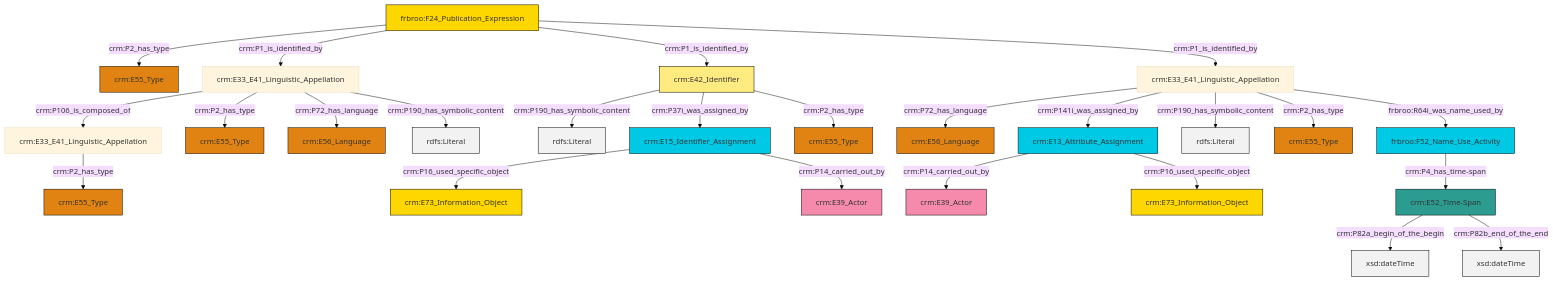
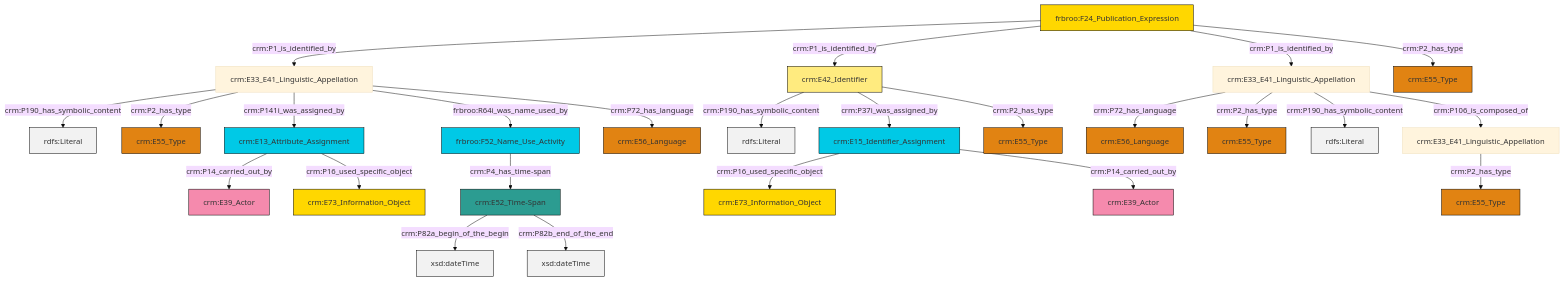
The diagram in et/biblioCSV/ttl/mmd/biblio_name.ttl.mmd (swiss-art-research-net/docs.swissartresearch), drawn with Mermaid (base theme) before and after one commit. The commit also changed 176 other files, not shown here.

```diff
--- a/et/biblioCSV/ttl/mmd/biblio_name.ttl.mmd
+++ b/et/biblioCSV/ttl/mmd/biblio_name.ttl.mmd
@@ -1,39 +1,39 @@
 graph TD
 classDef Literal fill:#f2f2f2,stroke:#000000;
 classDef CRM_Entity fill:#FFFFFF,stroke:#000000;
 classDef Temporal_Entity fill:#00C9E6, stroke:#000000;
 classDef Type fill:#E18312, stroke:#000000;
 classDef Time-Span fill:#2C9C91, stroke:#000000;
 classDef Appellation fill:#FFEB7F, stroke:#000000;
 classDef Place fill:#008836, stroke:#000000;
 classDef Persistent_Item fill:#B266B2, stroke:#000000;
 classDef Conceptual_Object fill:#FFD700, stroke:#000000;
 classDef Physical_Thing fill:#D2B48C, stroke:#000000;
 classDef Actor fill:#f58aad, stroke:#000000;
 classDef PC_Classes fill:#4ce600, stroke:#000000;
 classDef Multi fill:#cccccc,stroke:#000000;
 
-0["crm:E33_E41_Linguistic_Appellation"]:::Default -->|crm:P72_has_language| 1["crm:E56_Language"]:::Type
-2["frbroo:F24_Publication_Expression"]:::Conceptual_Object -->|crm:P2_has_type| 3["crm:E55_Type"]:::Type
-0["crm:E33_E41_Linguistic_Appellation"]:::Default -->|crm:P141i_was_assigned_by| 7["crm:E13_Attribute_Assignment"]:::Temporal_Entity
-17["crm:E42_Identifier"]:::Appellation -->|crm:P190_has_symbolic_content| 18[rdfs:Literal]:::Literal
-19["crm:E33_E41_Linguistic_Appellation"]:::Default -->|crm:P106_is_composed_of| 10["crm:E33_E41_Linguistic_Appellation"]:::Default
-5["crm:E15_Identifier_Assignment"]:::Temporal_Entity -->|crm:P16_used_specific_object| 20["crm:E73_Information_Object"]:::Conceptual_Object
-0["crm:E33_E41_Linguistic_Appellation"]:::Default -->|crm:P190_has_symbolic_content| 25[rdfs:Literal]:::Literal
-19["crm:E33_E41_Linguistic_Appellation"]:::Default -->|crm:P2_has_type| 15["crm:E55_Type"]:::Type
-0["crm:E33_E41_Linguistic_Appellation"]:::Default -->|crm:P2_has_type| 30["crm:E55_Type"]:::Type
-0["crm:E33_E41_Linguistic_Appellation"]:::Default -->|frbroo:R64i_was_name_used_by| 34["frbroo:F52_Name_Use_Activity"]:::Temporal_Entity
-5["crm:E15_Identifier_Assignment"]:::Temporal_Entity -->|crm:P14_carried_out_by| 23["crm:E39_Actor"]:::Actor
-27["crm:E52_Time-Span"]:::Time-Span -->|crm:P82a_begin_of_the_begin| 36[xsd:dateTime]:::Literal
-10["crm:E33_E41_Linguistic_Appellation"]:::Default -->|crm:P2_has_type| 32["crm:E55_Type"]:::Type
-7["crm:E13_Attribute_Assignment"]:::Temporal_Entity -->|crm:P14_carried_out_by| 13["crm:E39_Actor"]:::Actor
-2["frbroo:F24_Publication_Expression"]:::Conceptual_Object -->|crm:P1_is_identified_by| 19["crm:E33_E41_Linguistic_Appellation"]:::Default
-27["crm:E52_Time-Span"]:::Time-Span -->|crm:P82b_end_of_the_end| 41[xsd:dateTime]:::Literal
-17["crm:E42_Identifier"]:::Appellation -->|crm:P37i_was_assigned_by| 5["crm:E15_Identifier_Assignment"]:::Temporal_Entity
-19["crm:E33_E41_Linguistic_Appellation"]:::Default -->|crm:P72_has_language| 44["crm:E56_Language"]:::Type
-17["crm:E42_Identifier"]:::Appellation -->|crm:P2_has_type| 21["crm:E55_Type"]:::Type
-2["frbroo:F24_Publication_Expression"]:::Conceptual_Object -->|crm:P1_is_identified_by| 17["crm:E42_Identifier"]:::Appellation
-34["frbroo:F52_Name_Use_Activity"]:::Temporal_Entity -->|crm:P4_has_time-span| 27["crm:E52_Time-Span"]:::Time-Span
-2["frbroo:F24_Publication_Expression"]:::Conceptual_Object -->|crm:P1_is_identified_by| 0["crm:E33_E41_Linguistic_Appellation"]:::Default
-19["crm:E33_E41_Linguistic_Appellation"]:::Default -->|crm:P190_has_symbolic_content| 46[rdfs:Literal]:::Literal
-7["crm:E13_Attribute_Assignment"]:::Temporal_Entity -->|crm:P16_used_specific_object| 8["crm:E73_Information_Object"]:::Conceptual_Object
+0["crm:E42_Identifier"]:::Appellation -->|crm:P190_has_symbolic_content| 1[rdfs:Literal]:::Literal
+4["crm:E33_E41_Linguistic_Appellation"]:::Default -->|crm:P190_has_symbolic_content| 5[rdfs:Literal]:::Literal
+8["frbroo:F24_Publication_Expression"]:::Conceptual_Object -->|crm:P1_is_identified_by| 4["crm:E33_E41_Linguistic_Appellation"]:::Default
+4["crm:E33_E41_Linguistic_Appellation"]:::Default -->|crm:P2_has_type| 9["crm:E55_Type"]:::Type
+0["crm:E42_Identifier"]:::Appellation -->|crm:P37i_was_assigned_by| 10["crm:E15_Identifier_Assignment"]:::Temporal_Entity
+11["crm:E33_E41_Linguistic_Appellation"]:::Default -->|crm:P72_has_language| 15["crm:E56_Language"]:::Type
+4["crm:E33_E41_Linguistic_Appellation"]:::Default -->|crm:P141i_was_assigned_by| 19["crm:E13_Attribute_Assignment"]:::Temporal_Entity
+8["frbroo:F24_Publication_Expression"]:::Conceptual_Object -->|crm:P1_is_identified_by| 0["crm:E42_Identifier"]:::Appellation
+23["frbroo:F52_Name_Use_Activity"]:::Temporal_Entity -->|crm:P4_has_time-span| 6["crm:E52_Time-Span"]:::Time-Span
+8["frbroo:F24_Publication_Expression"]:::Conceptual_Object -->|crm:P1_is_identified_by| 11["crm:E33_E41_Linguistic_Appellation"]:::Default
+10["crm:E15_Identifier_Assignment"]:::Temporal_Entity -->|crm:P16_used_specific_object| 28["crm:E73_Information_Object"]:::Conceptual_Object
+6["crm:E52_Time-Span"]:::Time-Span -->|crm:P82a_begin_of_the_begin| 29[xsd:dateTime]:::Literal
+19["crm:E13_Attribute_Assignment"]:::Temporal_Entity -->|crm:P14_carried_out_by| 31["crm:E39_Actor"]:::Actor
+11["crm:E33_E41_Linguistic_Appellation"]:::Default -->|crm:P2_has_type| 2["crm:E55_Type"]:::Type
+4["crm:E33_E41_Linguistic_Appellation"]:::Default -->|frbroo:R64i_was_name_used_by| 23["frbroo:F52_Name_Use_Activity"]:::Temporal_Entity
+8["frbroo:F24_Publication_Expression"]:::Conceptual_Object -->|crm:P2_has_type| 38["crm:E55_Type"]:::Type
+0["crm:E42_Identifier"]:::Appellation -->|crm:P2_has_type| 33["crm:E55_Type"]:::Type
+11["crm:E33_E41_Linguistic_Appellation"]:::Default -->|crm:P190_has_symbolic_content| 43[rdfs:Literal]:::Literal
+11["crm:E33_E41_Linguistic_Appellation"]:::Default -->|crm:P106_is_composed_of| 13["crm:E33_E41_Linguistic_Appellation"]:::Default
+19["crm:E13_Attribute_Assignment"]:::Temporal_Entity -->|crm:P16_used_specific_object| 21["crm:E73_Information_Object"]:::Conceptual_Object
+10["crm:E15_Identifier_Assignment"]:::Temporal_Entity -->|crm:P14_carried_out_by| 17["crm:E39_Actor"]:::Actor
+13["crm:E33_E41_Linguistic_Appellation"]:::Default -->|crm:P2_has_type| 26["crm:E55_Type"]:::Type
+6["crm:E52_Time-Span"]:::Time-Span -->|crm:P82b_end_of_the_end| 45[xsd:dateTime]:::Literal
+4["crm:E33_E41_Linguistic_Appellation"]:::Default -->|crm:P72_has_language| 36["crm:E56_Language"]:::Type
```
